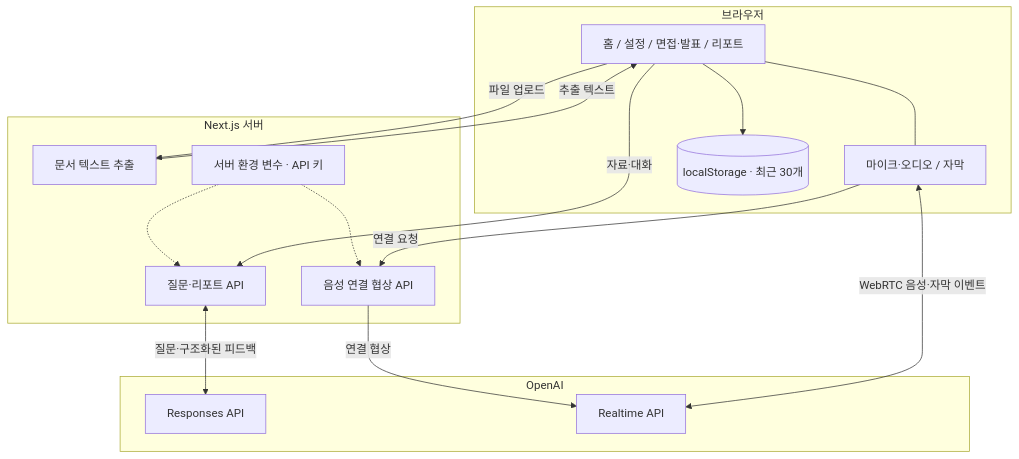
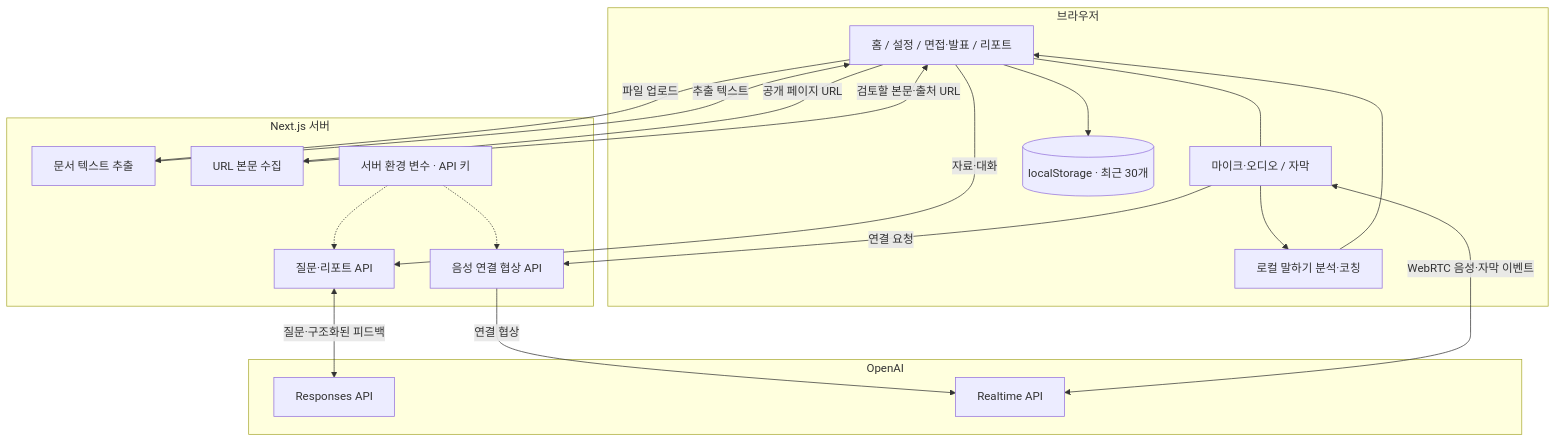
Before and after one commit to luckyandy7/rehearsal-studio: the second of 2 diagrams in README.md, drawn with Mermaid. The commit also changed other lines of this file and 28 other files, not shown here.

````diff
--- a/README.md
+++ b/README.md
@@ -118,32 +133,37 @@
 ```mermaid
 flowchart TB
     subgraph Browser[브라우저]
         UI[홈 / 설정 / 면접·발표 / 리포트]
         Voice[마이크·오디오 / 자막]
         Storage[(localStorage · 최근 30개)]
         UI --> Storage
         UI --- Voice
+        Voice --> Meter[로컬 말하기 분석·코칭]
+        Meter --> UI
     end
 
     subgraph Server[Next.js 서버]
         Extract[문서 텍스트 추출]
+        Import[URL 본문 수집]
         TextAPI[질문·리포트 API]
         Connect[음성 연결 협상 API]
         Key[서버 환경 변수 · API 키]
         Key -.-> TextAPI
         Key -.-> Connect
     end
 
     subgraph OpenAI[OpenAI]
         Responses[Responses API]
         Realtime[Realtime API]
     end
 
+    UI -->|공개 페이지 URL| Import
+    Import -->|검토할 본문·출처 URL| UI
     UI -->|파일 업로드| Extract
     Extract -->|추출 텍스트| UI
     UI -->|자료·대화| TextAPI
     TextAPI <-->|질문·구조화된 피드백| Responses
     Voice -->|연결 요청| Connect
     Connect -->|연결 협상| Realtime
     Voice <-->|WebRTC 음성·자막 이벤트| Realtime
 ```
````
